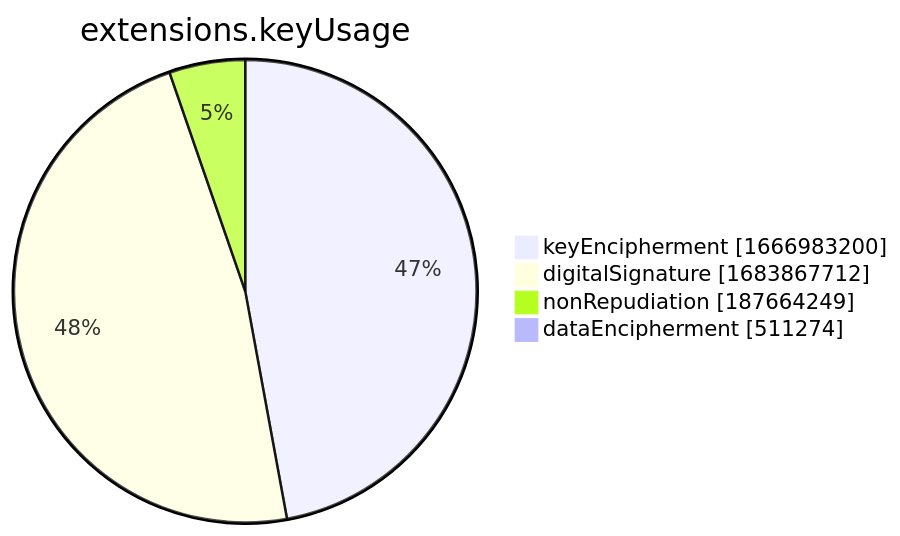
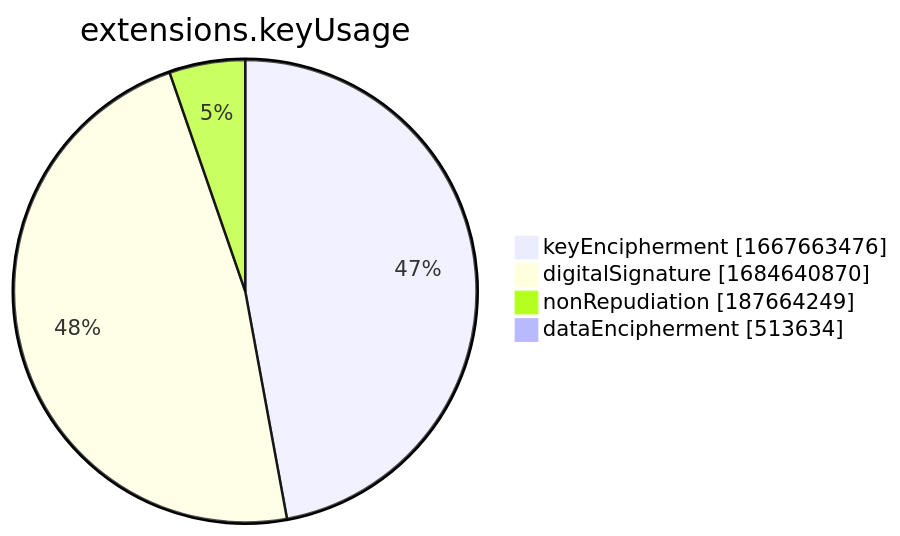
One commit to christiankrug/ctmonitor_visualization changed the seventh of 15 diagrams in xenon2022/README.md. Above: the diagram before and after it, drawn with Mermaid. The commit also changed other lines of this file, not shown here.

````diff
--- a/xenon2022/README.md
+++ b/xenon2022/README.md
@@ -2857,8 +2857,8 @@
 ```mermaid
 pie showData
 title extensions.keyUsage
-"keyEncipherment" :1666983200
-"digitalSignature" :1683867712
+"keyEncipherment" :1667663476
+"digitalSignature" :1684640870
 "nonRepudiation" :187664249
-"dataEncipherment" :511274
+"dataEncipherment" :513634
 ```
````
